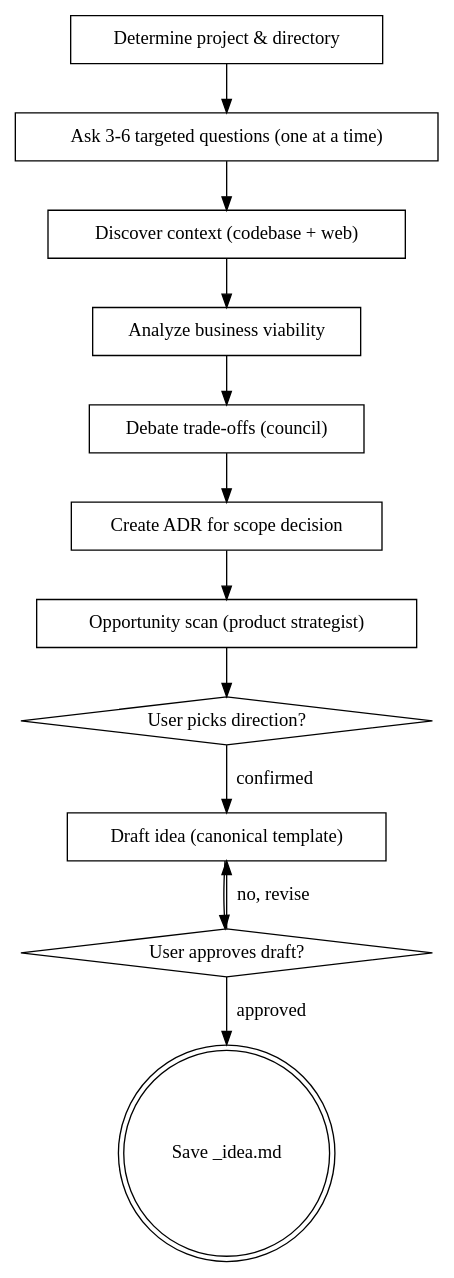
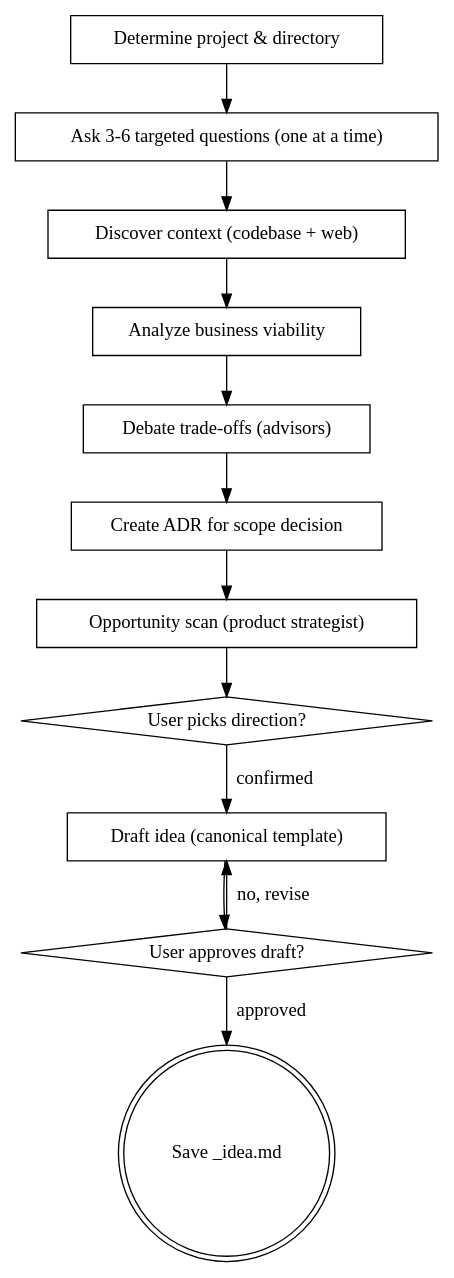
The diagram in extensions/idea-forge/skills/idea-forge/SKILL.md (itseffi/productize), drawn with Graphviz before and after one commit. The commit also changed other lines of this file and 439 other files, not shown here.

````diff
--- a/extensions/idea-forge/skills/idea-forge/SKILL.md
+++ b/extensions/idea-forge/skills/idea-forge/SKILL.md
@@ -172,27 +172,27 @@
 ```dot
 digraph idea_forge {
     "Determine project & directory" [shape=box];
     "Ask 3-6 targeted questions (one at a time)" [shape=box];
     "Discover context (codebase + web)" [shape=box];
     "Analyze business viability" [shape=box];
-    "Debate trade-offs (council)" [shape=box];
+    "Debate trade-offs (advisors)" [shape=box];
     "Create ADR for scope decision" [shape=box];
     "Opportunity scan (product strategist)" [shape=box];
     "User picks direction?" [shape=diamond];
     "Draft idea (canonical template)" [shape=box];
     "User approves draft?" [shape=diamond];
     "Save _idea.md" [shape=doublecircle];
 
     "Determine project & directory" -> "Ask 3-6 targeted questions (one at a time)";
     "Ask 3-6 targeted questions (one at a time)" -> "Discover context (codebase + web)";
     "Discover context (codebase + web)" -> "Analyze business viability";
-    "Analyze business viability" -> "Debate trade-offs (council)";
-    "Debate trade-offs (council)" -> "Create ADR for scope decision";
+    "Analyze business viability" -> "Debate trade-offs (advisors)";
+    "Debate trade-offs (advisors)" -> "Create ADR for scope decision";
     "Create ADR for scope decision" -> "Opportunity scan (product strategist)";
     "Opportunity scan (product strategist)" -> "User picks direction?";
     "User picks direction?" -> "Draft idea (canonical template)" [label="confirmed"];
     "Draft idea (canonical template)" -> "User approves draft?";
     "User approves draft?" -> "Draft idea (canonical template)" [label="no, revise"];
     "User approves draft?" -> "Save _idea.md" [label="approved"];
 }
 ```
````
